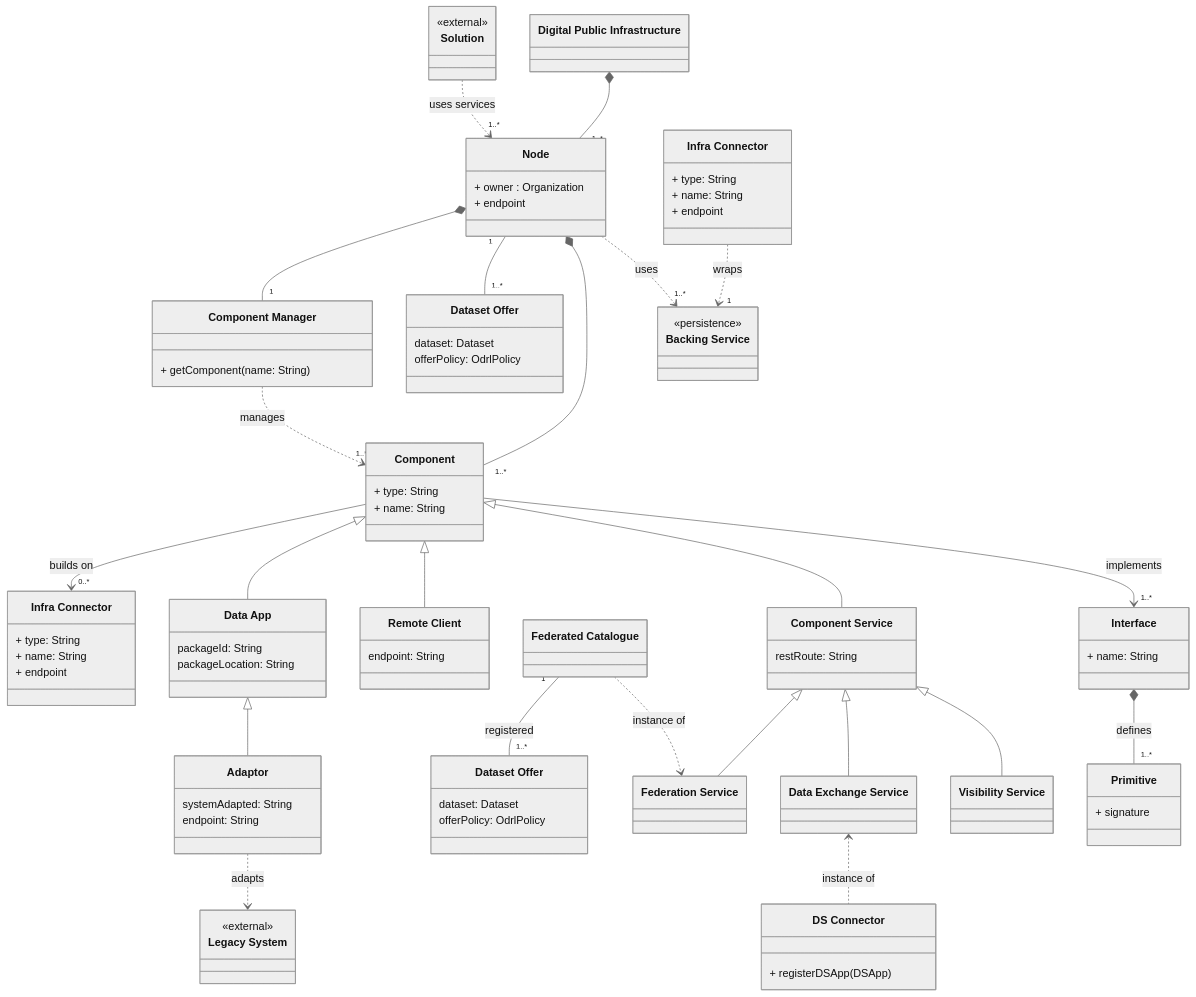
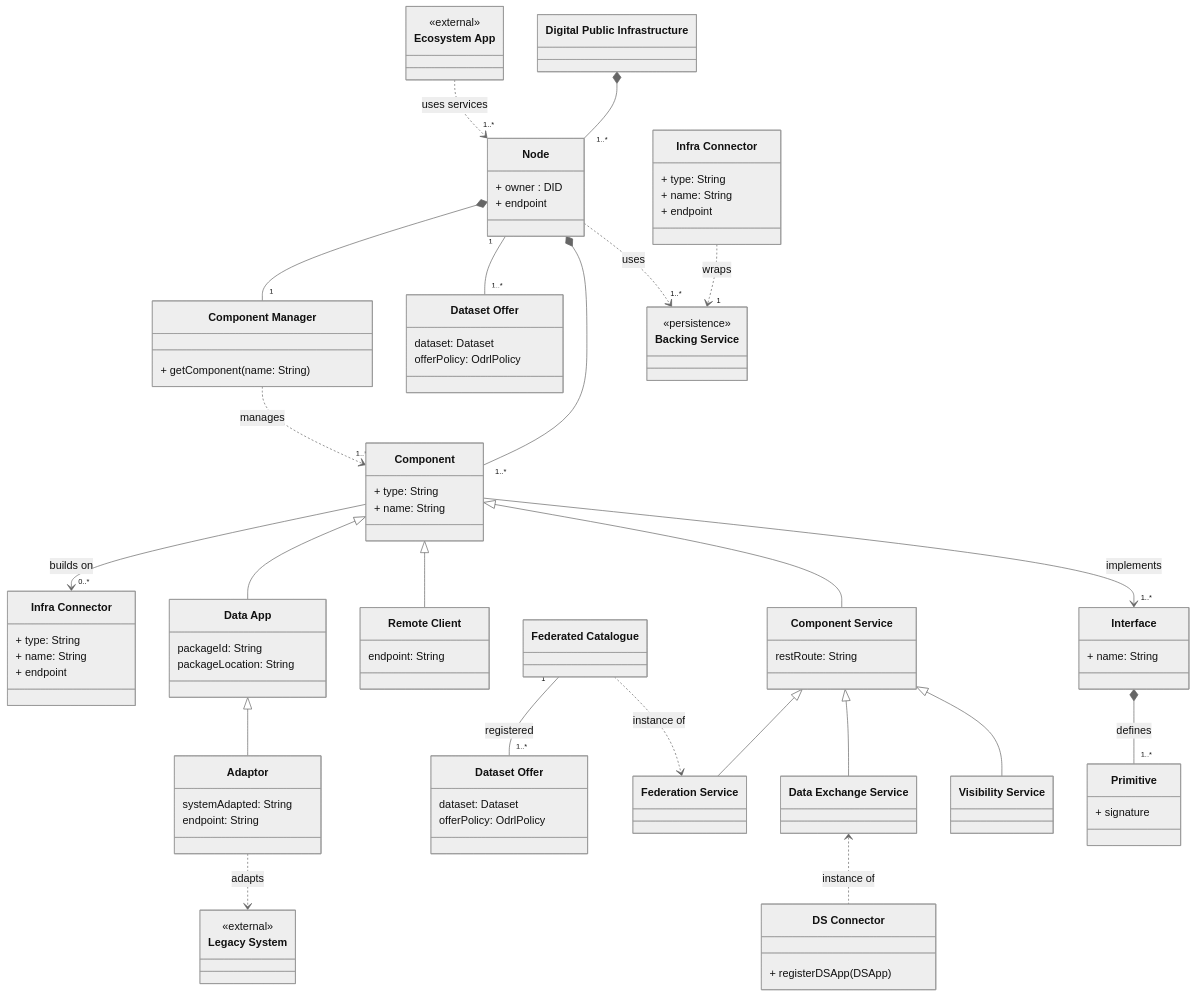
The diagram in class-diagram.mermaid (jmcanterafonseca-iota/twin-paper-diagrams), drawn with Mermaid before and after one commit.

Commit message:
fix: latest class diagram changes

```diff
--- a/class-diagram.mermaid
+++ b/class-diagram.mermaid
@@ -1,109 +1,109 @@
 ---
 config:
   theme: 'neutral'
 ---
 
 classDiagram
     class DPI["Digital Public Infrastructure"]
      class Node {
-        + owner : Organization
+        + owner : DID
         + endpoint 
     }
     class BackingService ["Backing Service"] {
         <<persistence>>
     }
      class Connector2["Infra Connector"] {
         + type: String
         + name: String
         + endpoint
     }
     class Component {
         + type: String
         + name: String
     }
     class ComponentManager["Component Manager"] {
         + getComponent(name: String)
     }
     class Service ["Component Service"] {
         restRoute: String
     }
     class Connector["Infra Connector"] {
         + type: String
         + name: String
         + endpoint
     }
     class Interface {
         + name: String
     }
     class Primitive {
         + signature
     }
     class VisibilityService["Visibility Service"]
     class DXService["Data Exchange Service"]
     class FedService["Federation Service"]
     class Adaptor {
         systemAdapted: String
         endpoint: String
     }
     class DSConnector["DS Connector"] {
         + registerDSApp(DSApp)
     }
     
     class FedCat["Federated Catalogue"]
     class DataApp["Data App"] {
         packageId: String
         packageLocation: String
     }
     
     class RemoteClient["Remote Client"] {
         endpoint: String
     }
     class DatasetOffer["Dataset Offer"] {
         dataset: Dataset
         offerPolicy: OdrlPolicy
     }
 
     class DatasetOffer2["Dataset Offer"] {
         dataset: Dataset
         offerPolicy: OdrlPolicy
     }
 
     class ExternalSystem["Legacy System"] {
         <<external>>
     }
 
-    class Solution {
+    class EcosystemApp ["Ecosystem App"] {
         <<external>>
     }
 
     DPI *-- "1..*" Node
     ComponentManager ..> "1..*" Component : manages
-    Solution ..> "1..*" Node : uses services
+    EcosystemApp ..> "1..*" Node : uses services
 
     Connector2  ..> "1" BackingService : wraps
 
     Node  ..> "1..*" BackingService : uses
 
     Node  *-- "1..*" Component
     Component --> "1..*" Interface : implements
     Interface *-- "1..*" Primitive : defines
 
     Component <|-- Service
     Component <|-- Remote Client
     Component <|-- DataApp
     Component --> "0..*" Connector : builds on
 
     Service <|-- VisibilityService
     Service <|-- DXService
     Service <|-- FedService
     DataApp <|-- Adaptor
 
     Adaptor ..> ExternalSystem : adapts
 
     DXService <.. DSConnector : instance of
     FedCat ..> FedService : instance of
 
     Node "1" -- "1..*" DatasetOffer2
     FedCat "1" -- "1..*" DatasetOffer : registered
 
     Node *-- "1" ComponentManager
```
